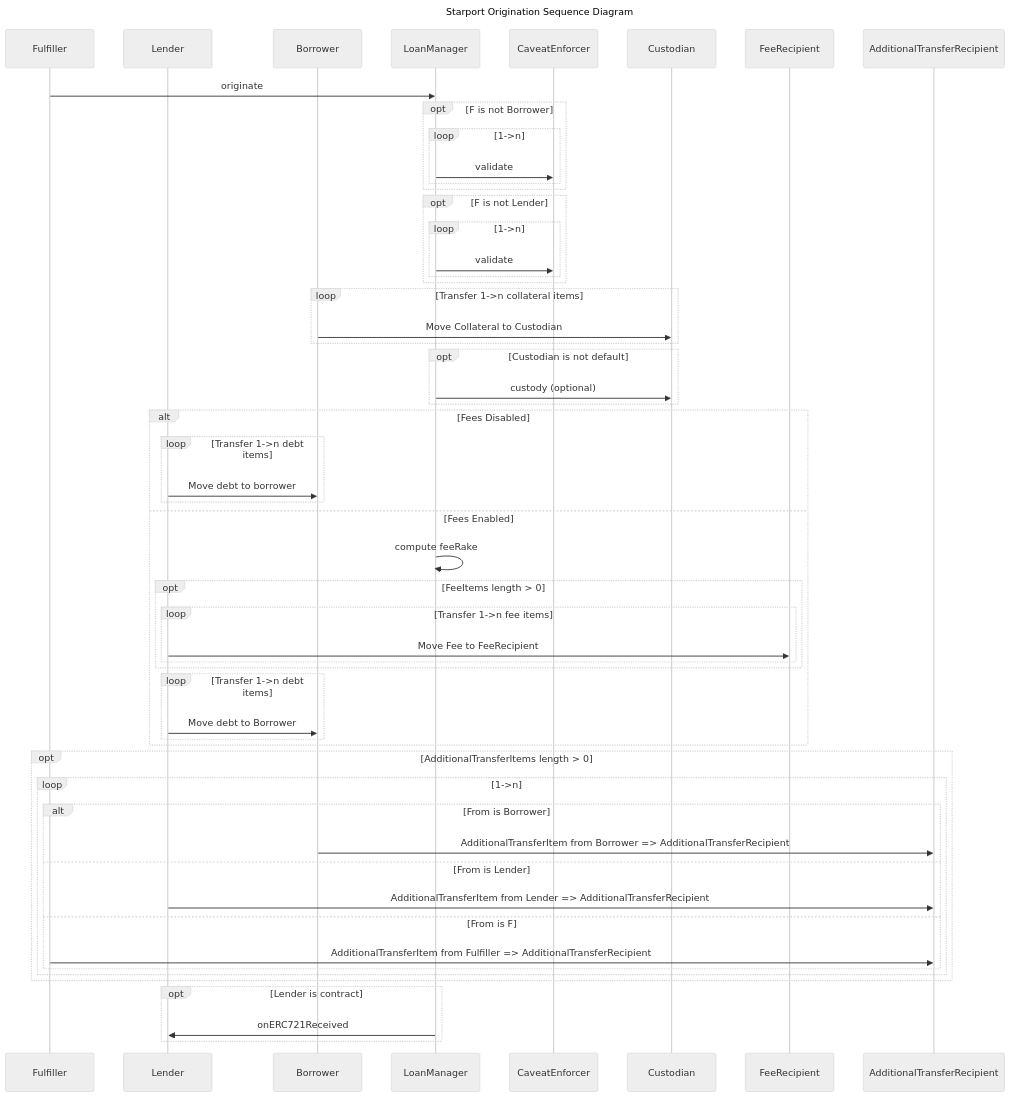
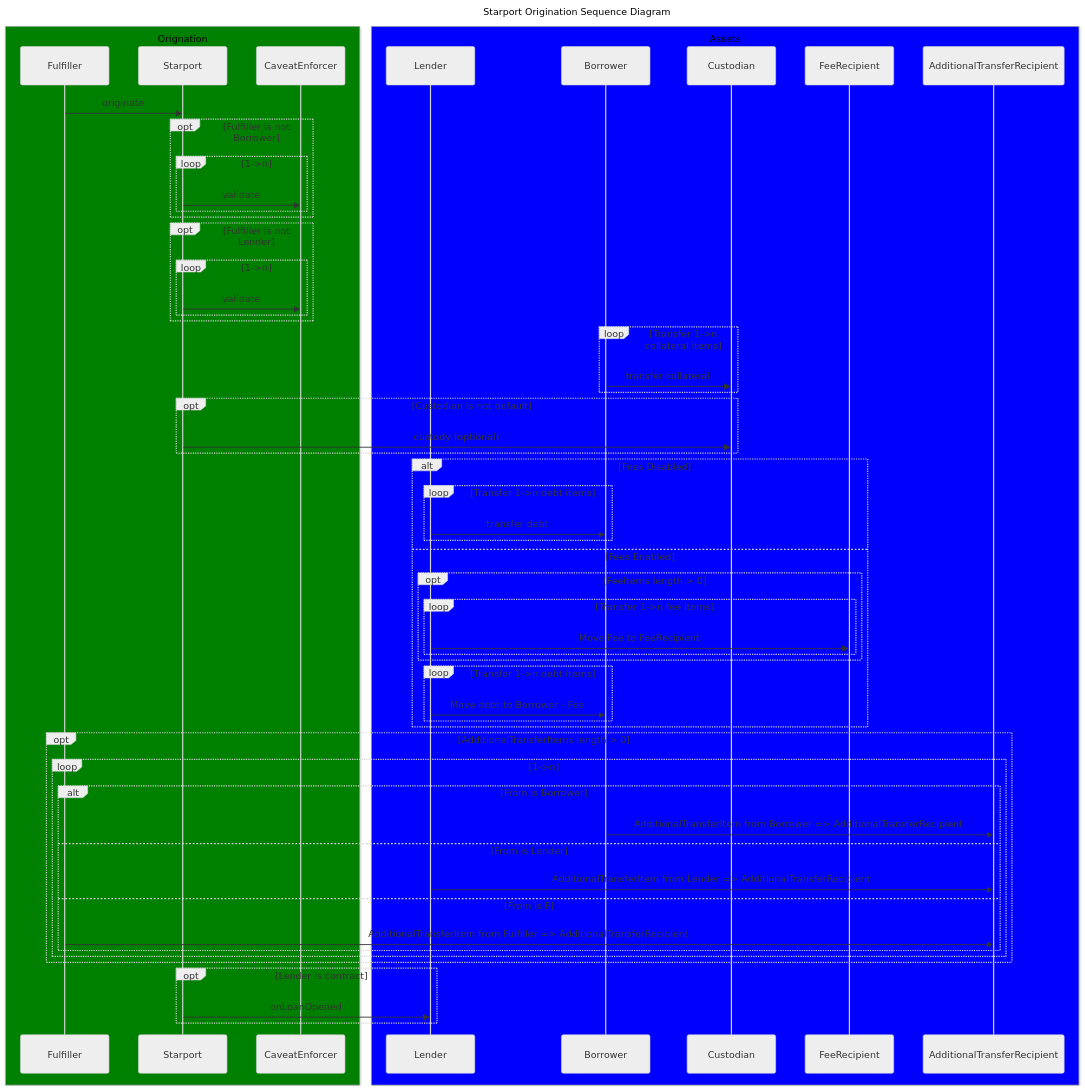
Before and after one commit to AstariaXYZ/starport: the diagram in docs/mermaid/origination.mmd, drawn with Mermaid (neutral theme). The commit also changed 41 other files, not shown here.

First line of the commit message:
Remove ERC721 from Starport, caveat naming/deadline refactor, lots of cleanup (#63)

```diff
--- a/docs/mermaid/origination.mmd
+++ b/docs/mermaid/origination.mmd
@@ -1,57 +1,67 @@
 sequenceDiagram
     title Starport Origination Sequence Diagram
-    participant F as Fulfiller
-    participant L as Lender
-    participant B as Borrower
 
 
-    F->>LoanManager: originate
+    Box green Orignation
+        participant Fulfiller
+        participant Starport
+        participant CaveatEnforcer
+    end
 
-    opt F is not Borrower
+    Box blue Assets
+        participant Lender
+        participant Borrower
+        participant Custodian
+        participant FeeRecipient
+        participant AdditionalTransferRecipient
+    end
+
+    Fulfiller->>Starport: originate
+
+    opt Fulfiller is not Borrower
         loop 1->n
-            LoanManager->>CaveatEnforcer: validate
+            Starport->>CaveatEnforcer: validate
         end
     end
-    opt F is not Lender
+    opt Fulfiller is not Lender
         loop 1->n
-            LoanManager->>CaveatEnforcer: validate
+            Starport->>CaveatEnforcer: validate
         end
     end
     loop Transfer 1->n collateral items
-        B->>Custodian: Move Collateral to Custodian
+        Borrower->>Custodian: transfer collateral
     end
     opt Custodian is not default
-        LoanManager->>Custodian: custody (optional)
+        Starport->>Custodian: custody (optional)
     end
 
     alt Fees Disabled
         loop Transfer 1->n debt items
-            L->>B: Move debt to borrower
+            Lender->>Borrower: transfer debt
         end
     else Fees Enabled
-        LoanManager->>LoanManager: compute feeRake
         opt FeeItems length > 0
             loop Transfer 1->n fee items
-                L->>FeeRecipient: Move Fee to FeeRecipient
+                Lender->>FeeRecipient: Move Fee to FeeRecipient
             end
         end
         loop Transfer 1->n debt items
-            L->>B: Move debt to Borrower
+            Lender->>Borrower: Move debt to Borrower - Fee
         end
     end
 
     opt AdditionalTransferItems length > 0
         loop 1->n
             alt From is Borrower
-                B->>AdditionalTransferRecipient: AdditionalTransferItem from Borrower => AdditionalTransferRecipient
+                Borrower->>AdditionalTransferRecipient: AdditionalTransferItem from Borrower => AdditionalTransferRecipient
             else From is Lender
-                L->>AdditionalTransferRecipient: AdditionalTransferItem from Lender => AdditionalTransferRecipient
+                Lender->>AdditionalTransferRecipient: AdditionalTransferItem from Lender => AdditionalTransferRecipient
             else From is F
-                F->>AdditionalTransferRecipient: AdditionalTransferItem from Fulfiller => AdditionalTransferRecipient
+                Fulfiller->>AdditionalTransferRecipient: AdditionalTransferItem from Fulfiller => AdditionalTransferRecipient
             end
         end
     end
 
     opt Lender is contract
-        LoanManager->>L: onERC721Received
+        Starport->>Lender: onLoanOpened
     end
```
